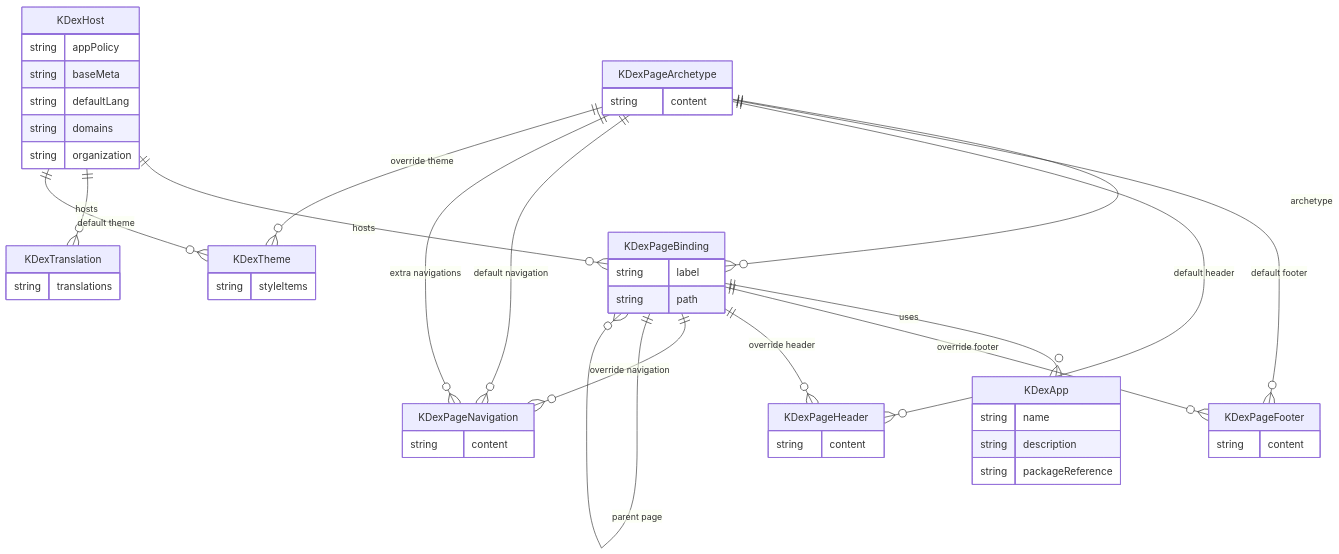
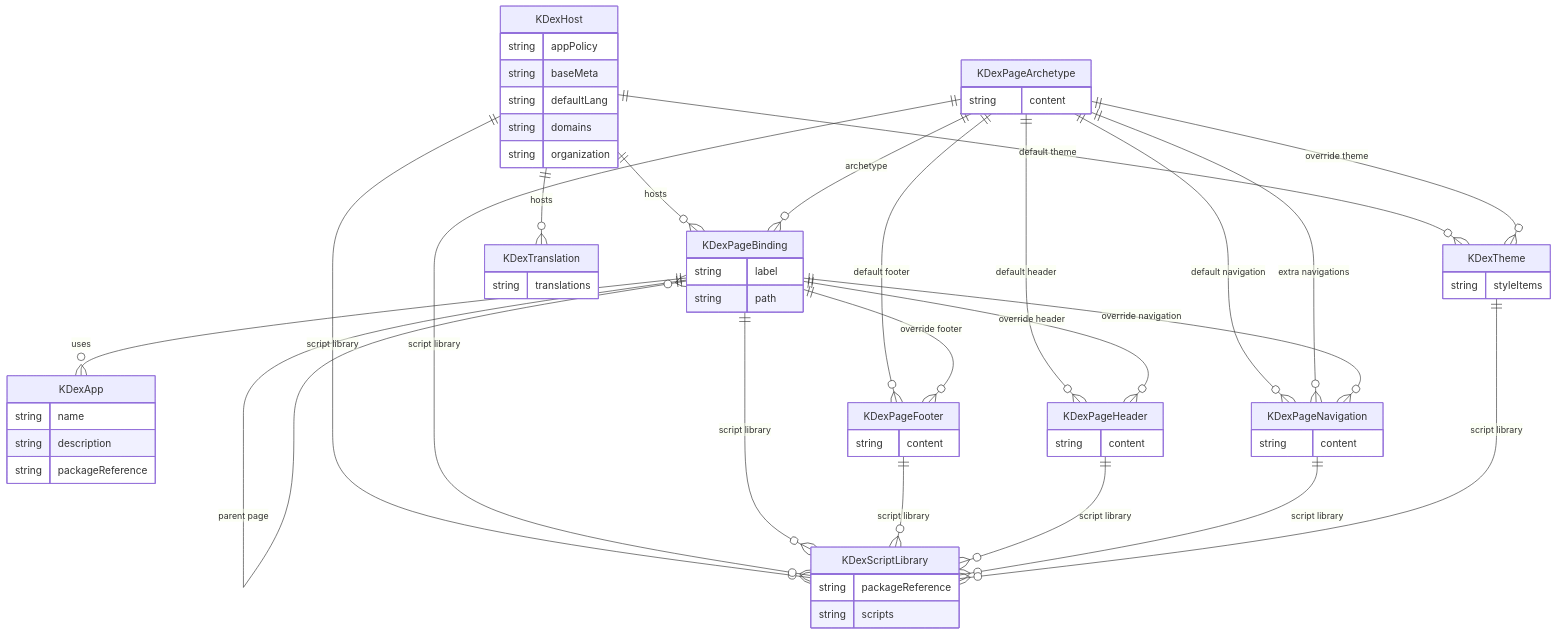
The diagram in CRD_RELATIONSHIPS.md (kdex-tech/kdex-crds), drawn with Mermaid before and after one commit.

Commit message:
update diagram

````diff
--- a/CRD_RELATIONSHIPS.md
+++ b/CRD_RELATIONSHIPS.md
@@ -5,62 +5,71 @@
 ```mermaid
 erDiagram
-    KDexHost ||--o{ KDexPageBinding : "hosts"
-    KDexHost ||--o{ KDexTranslation : "hosts"
-    KDexHost ||--o{ KDexTheme : "default theme"
-
-    KDexPageArchetype ||--o{ KDexPageBinding : "archetype"
-    KDexPageArchetype ||--o{ KDexPageFooter : "default footer"
-    KDexPageArchetype ||--o{ KDexPageHeader : "default header"
-    KDexPageArchetype ||--o{ KDexPageNavigation : "default navigation"
-    KDexPageArchetype ||--o{ KDexPageNavigation : "extra navigations"
-    KDexPageArchetype ||--o{ KDexTheme : "override theme"
-
-    KDexPageBinding ||--o{ KDexApp : "uses"
-    KDexPageBinding ||--o{ KDexPageFooter : "override footer"
-    KDexPageBinding ||--o{ KDexPageHeader : "override header"
-    KDexPageBinding ||--o{ KDexPageNavigation : "override navigation"
-    KDexPageBinding ||--o{ KDexPageBinding : "parent page"
-
     KDexApp {
         string name
         string description
         string packageReference
     }
 
+    KDexHost ||--o{ KDexPageBinding : "hosts"
+    KDexHost ||--o{ KDexScriptLibrary : "script library"
+    KDexHost ||--o{ KDexTheme : "default theme"
+    KDexHost ||--o{ KDexTranslation : "hosts"
     KDexHost {
         string appPolicy
         string baseMeta
         string defaultLang
         string domains
         string organization
     }
 
+    KDexPageArchetype ||--o{ KDexPageBinding : "archetype"
+    KDexPageArchetype ||--o{ KDexPageFooter : "default footer"
+    KDexPageArchetype ||--o{ KDexPageHeader : "default header"
+    KDexPageArchetype ||--o{ KDexPageNavigation : "default navigation"
+    KDexPageArchetype ||--o{ KDexPageNavigation : "extra navigations"
+    KDexPageArchetype ||--o{ KDexScriptLibrary : "script library"
+    KDexPageArchetype ||--o{ KDexTheme : "override theme"
     KDexPageArchetype {
         string content
     }
 
+    KDexPageBinding ||--o{ KDexApp : "uses"
+    KDexPageBinding ||--o{ KDexPageBinding : "parent page"
+    KDexPageBinding ||--o{ KDexPageFooter : "override footer"
+    KDexPageBinding ||--o{ KDexPageHeader : "override header"
+    KDexPageBinding ||--o{ KDexPageNavigation : "override navigation"
+    KDexPageBinding ||--o{ KDexScriptLibrary : "script library"
     KDexPageBinding {
         string label
         string path
     }
 
+    KDexPageFooter ||--o{ KDexScriptLibrary : "script library"
     KDexPageFooter {
         string content
     }
 
+    KDexPageHeader ||--o{ KDexScriptLibrary : "script library"
     KDexPageHeader {
         string content
     }
 
+    KDexPageNavigation ||--o{ KDexScriptLibrary : "script library"
     KDexPageNavigation {
         string content
     }
 
+    KDexScriptLibrary {
+        string packageReference
+        string scripts
+    }
+
+    KDexTheme ||--o{ KDexScriptLibrary : "script library"
     KDexTheme {
         string styleItems
     }
 
     KDexTranslation {
         string translations
     }
 ```
````
